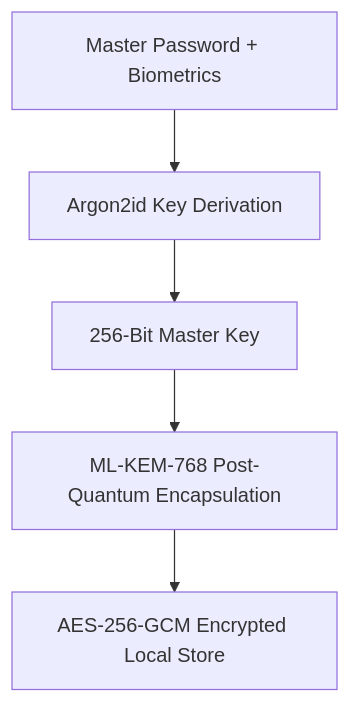
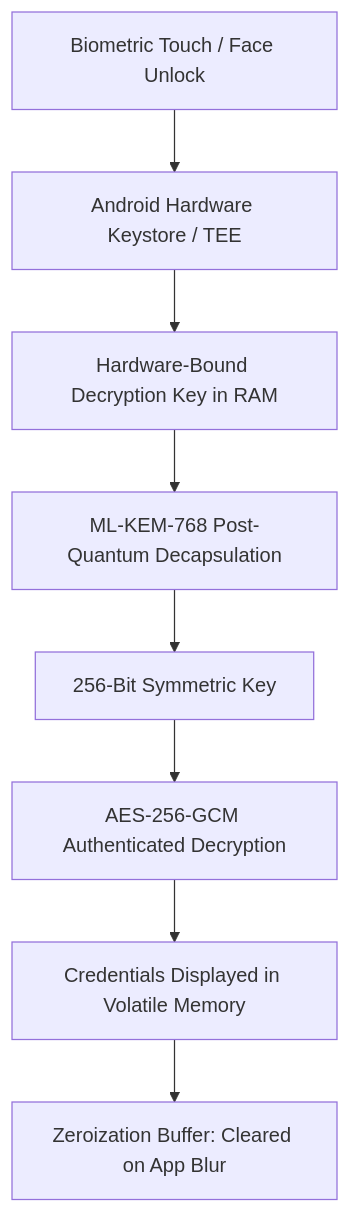
The diagram in docs/project-case-studies/cryptography-and-zero-knowledge/kryptyx-password-fortress.md (MasterZ1311/Dev-AURA), drawn with Mermaid before and after one commit. The commit also changed other lines of this file and 21 other files, not shown here.

````diff
--- a/docs/project-case-studies/cryptography-and-zero-knowledge/kryptyx-password-fortress.md
+++ b/docs/project-case-studies/cryptography-and-zero-knowledge/kryptyx-password-fortress.md
@@ -12,7 +29,10 @@
 ```mermaid
 graph TD
-    MasterSecret[Master Password + Biometrics] --> Argon[Argon2id Key Derivation]
-    Argon --> MasterKey[256-Bit Master Key]
-    MasterKey --> MLKEM[ML-KEM-768 Post-Quantum Encapsulation]
-    MLKEM --> VaultData[AES-256-GCM Encrypted Local Store]
+    UserBiometric[Biometric Touch / Face Unlock] --> TEE[Android Hardware Keystore / TEE]
+    TEE --> UnlockedMasterKey[Hardware-Bound Decryption Key in RAM]
+    UnlockedMasterKey --> MLKEM[ML-KEM-768 Post-Quantum Decapsulation]
+    MLKEM --> AESKey[256-Bit Symmetric Key]
+    AESKey --> GCM[AES-256-GCM Authenticated Decryption]
+    GCM --> DecryptedVault[Credentials Displayed in Volatile Memory]
+    DecryptedVault --> AutoWipe[Zeroization Buffer: Cleared on App Blur]
 ```
````
